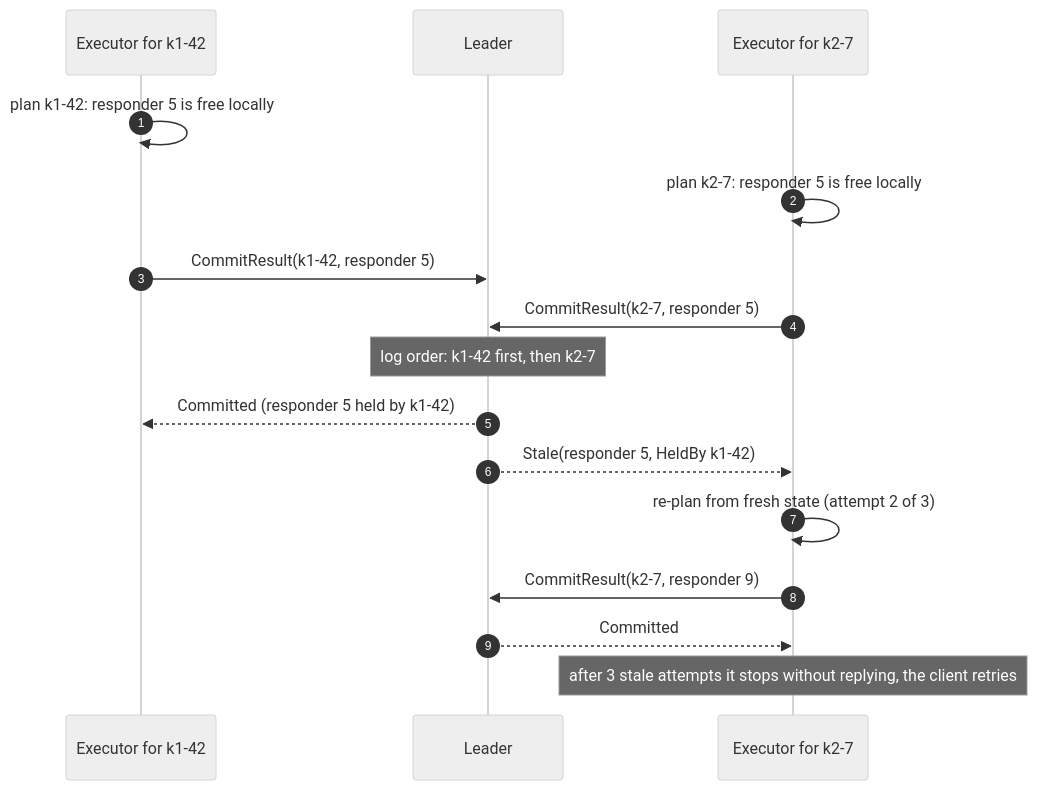
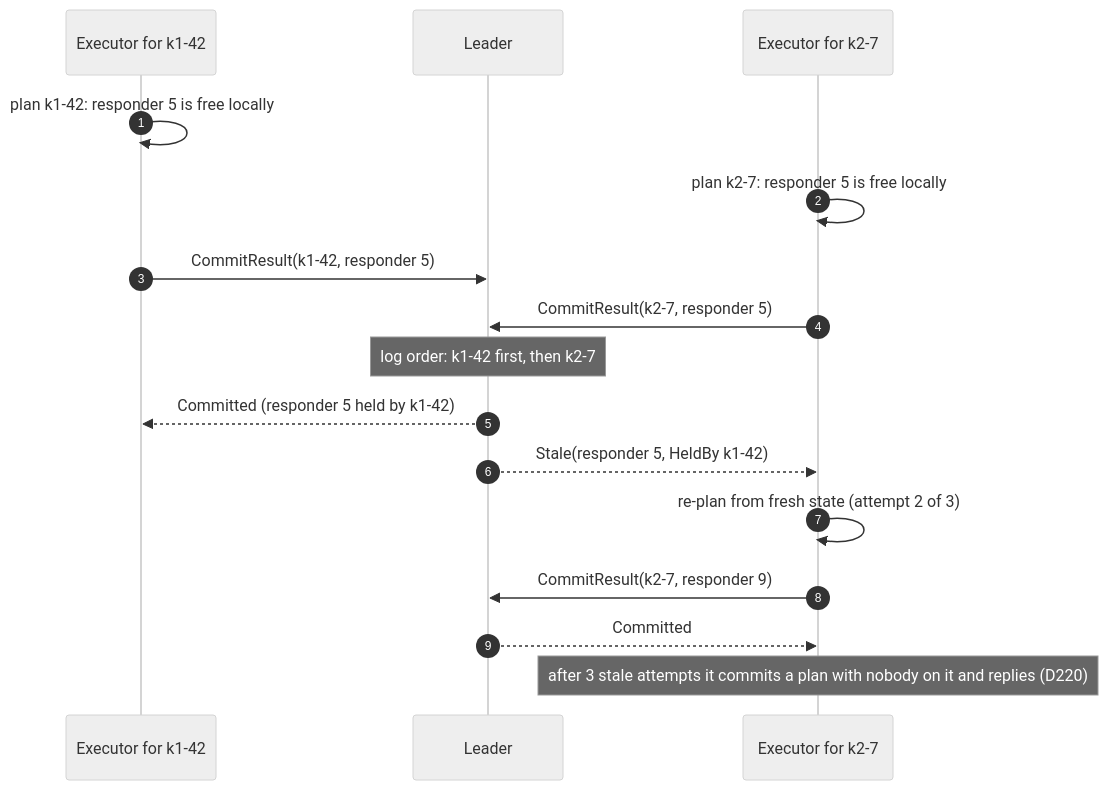
Diagram 17 of 47 in docs/architecture.md (noortaytoy1/DistributedSystems), drawn with Mermaid (neutral theme) before and after one commit. The commit also changed other lines of this file and 8 other files, not shown here.

````diff
--- a/docs/architecture.md
+++ b/docs/architecture.md
@@ -682,18 +788,18 @@
 ```mermaid
 sequenceDiagram
     autonumber
     participant X1 as Executor for k1-42
     participant L as Leader
     participant X2 as Executor for k2-7
     X1->>X1: plan k1-42: responder 5 is free locally
     X2->>X2: plan k2-7: responder 5 is free locally
     X1->>L: CommitResult(k1-42, responder 5)
     X2->>L: CommitResult(k2-7, responder 5)
     Note over L: log order: k1-42 first, then k2-7
     L-->>X1: Committed (responder 5 held by k1-42)
     L-->>X2: Stale(responder 5, HeldBy k1-42)
     X2->>X2: re-plan from fresh state (attempt 2 of 3)
     X2->>L: CommitResult(k2-7, responder 9)
     L-->>X2: Committed
-    Note over X2: after 3 stale attempts it stops without replying, the client retries
+    Note over X2: after 3 stale attempts it commits a plan with nobody on it and replies (D220)
 ```
````
